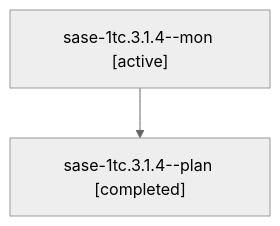
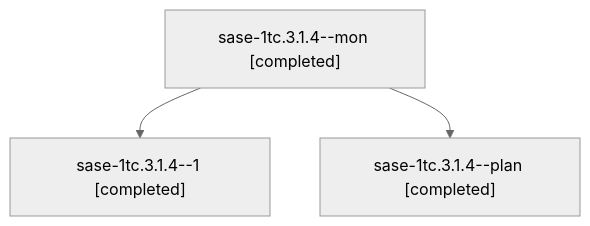
The diagram in sessions/bbugyi200.athena.sase-1tc.3.1.4.md (sase-org/sase--agents), drawn with Mermaid (neutral theme) before and after one commit. The commit also changed other lines of this file and 85 other files, not shown here.

````diff
--- a/sessions/bbugyi200.athena.sase-1tc.3.1.4.md
+++ b/sessions/bbugyi200.athena.sase-1tc.3.1.4.md
@@ -9,6 +9,8 @@
 ```mermaid
 flowchart TD
-  n0["sase-1tc.3.1.4--mon [active]"]
-  n1["sase-1tc.3.1.4--plan [completed]"]
+  n0["sase-1tc.3.1.4--mon [completed]"]
+  n1["sase-1tc.3.1.4--1 [completed]"]
   n0 --> n1
+  n2["sase-1tc.3.1.4--plan [completed]"]
+  n0 --> n2
 ```
````
